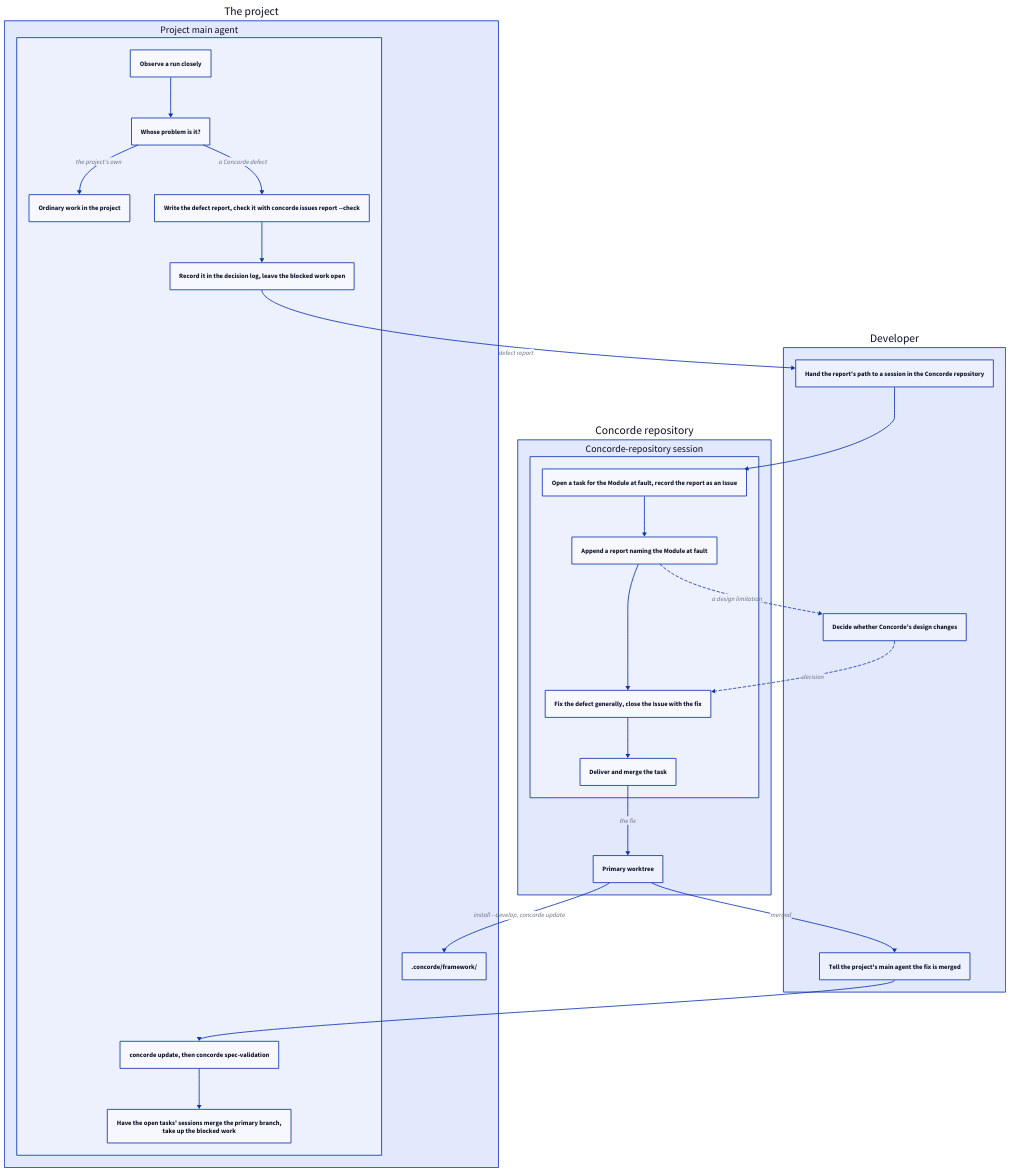
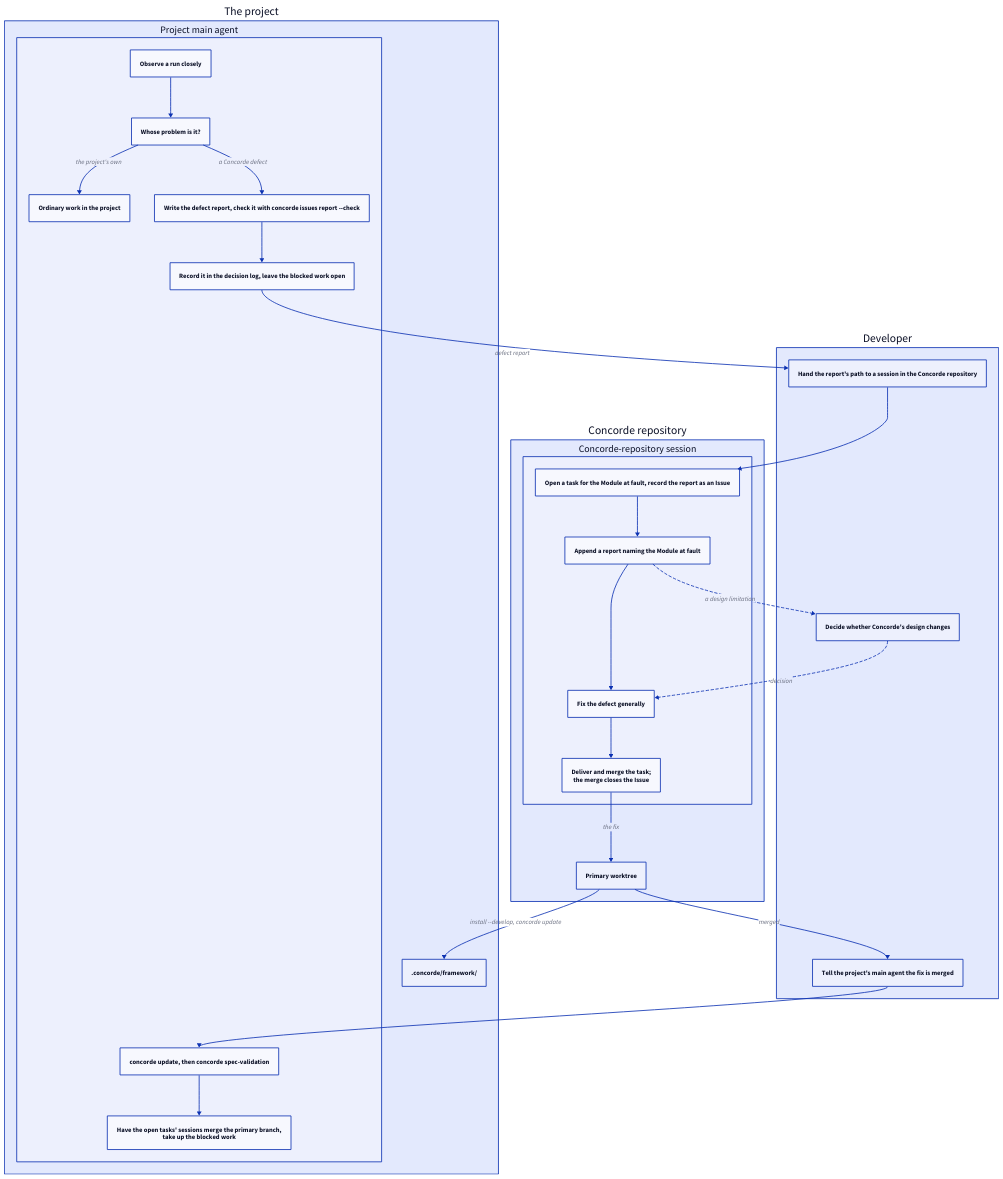
One commit to FTOD/concorde changed the diagram in specs/concorde/dogfooding/module.md. Above: the diagram before and after it, drawn with D2. The commit also changed other lines of this file and 6 other files, not shown here.

````diff
--- a/specs/concorde/dogfooding/module.md
+++ b/specs/concorde/dogfooding/module.md
@@ -122,43 +122,43 @@
 ```d2 illustrative
 direction: down
 project: The project {
   agent: Project main agent {
     observe: Observe a run closely
     classify: Whose problem is it?
     own: Ordinary work in the project
     write: Write the defect report, check it with concorde issues report --check
     log: Record it in the decision log, leave the blocked work open
     update: concorde update, then concorde spec-validation
     resume: "Have the open tasks' sessions merge the primary branch,\ntake up the blocked work"
     observe -> classify
     classify -> own: the project's own
     classify -> write: a Concorde defect
     write -> log
     update -> resume
   }
   framework: .concorde/framework/
 }
 developer: Developer {
   handoff: Hand the report's path to a session in the Concorde repository
   decide: Decide whether Concorde's design changes
   tell: Tell the project's main agent the fix is merged
 }
 concorde: Concorde repository {
   session: Concorde-repository session {
     record: Open a task for the Module at fault, record the report as an Issue
     assign: Append a report naming the Module at fault
-    fix: Fix the defect generally, close the Issue with the fix
-    merge: Deliver and merge the task
+    fix: Fix the defect generally
+    merge: "Deliver and merge the task;\nthe merge closes the Issue"
     record -> assign -> fix -> merge
   }
   primary: Primary worktree
 }
 project.agent.log -> developer.handoff: defect report
 developer.handoff -> concorde.session.record
 concorde.session.assign -> developer.decide: a design limitation {style.stroke-dash: 3}
 developer.decide -> concorde.session.fix: decision {style.stroke-dash: 3}
 concorde.session.merge -> concorde.primary: the fix
 concorde.primary -> project.framework: install --develop, concorde update
 concorde.primary -> developer.tell: merged
 developer.tell -> project.agent.update
 ```
````
